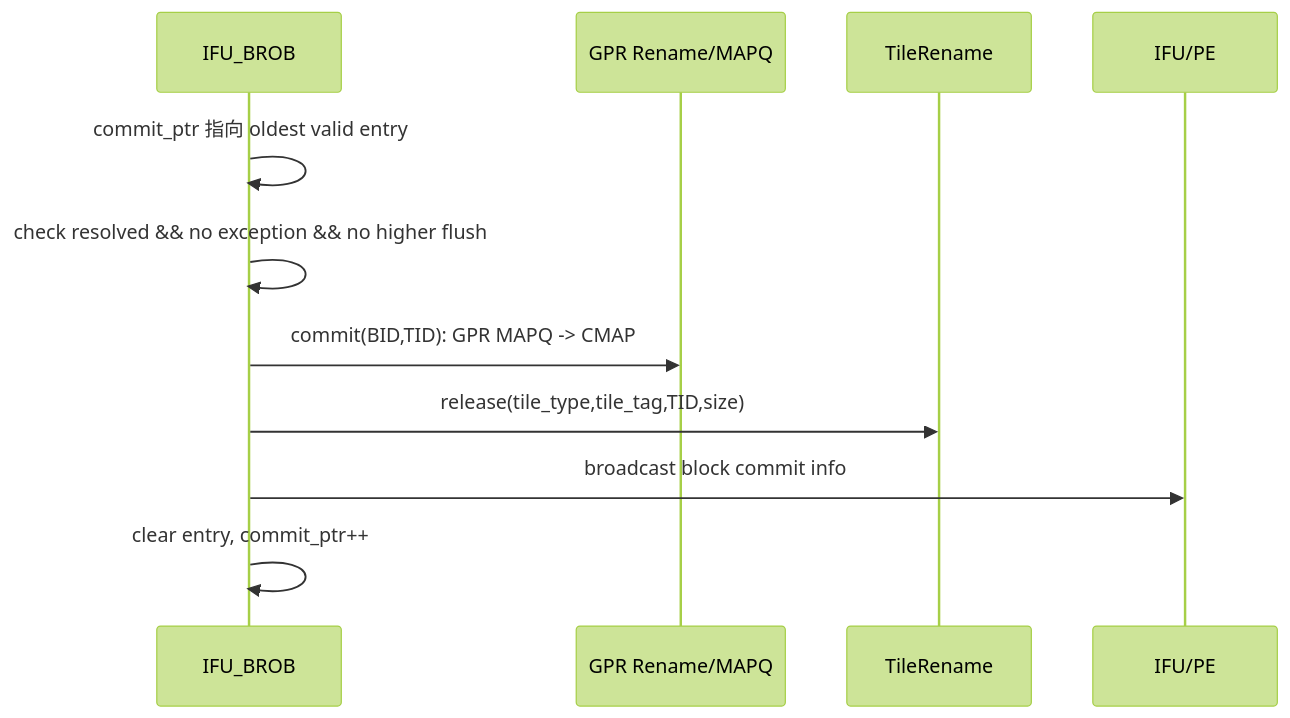
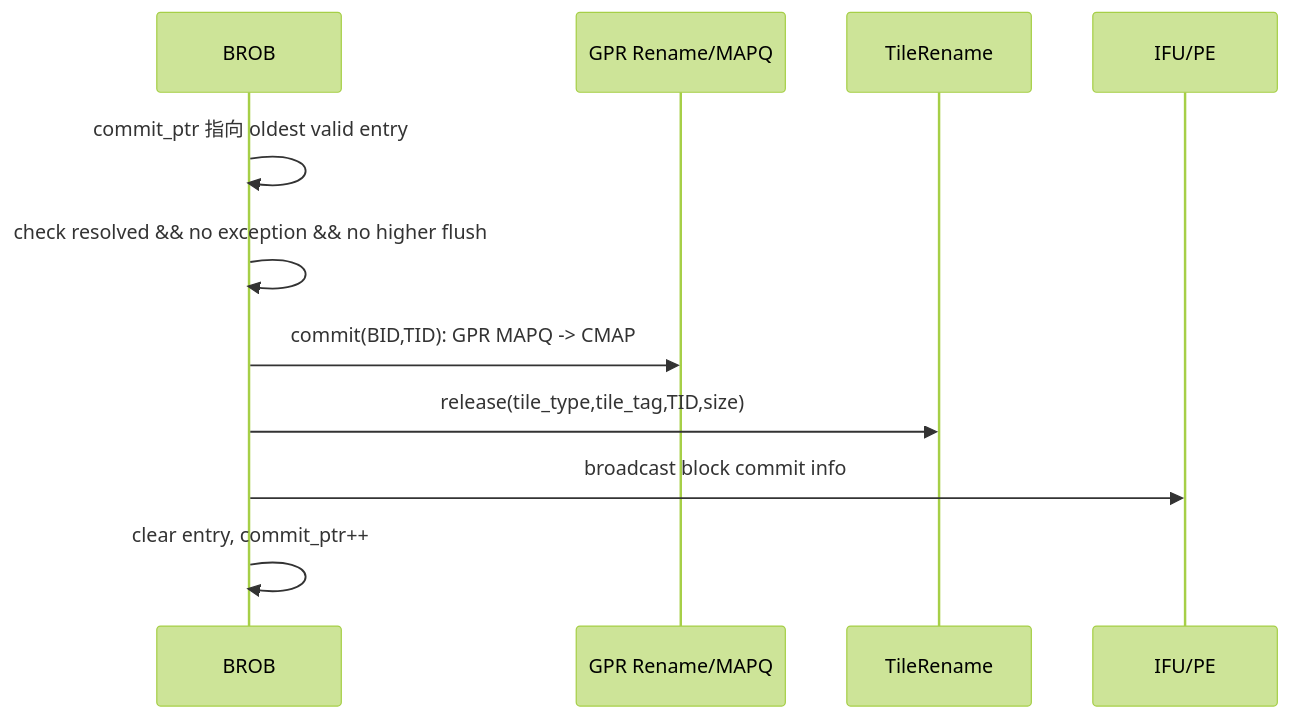
One commit to LinxISA/LinxCore changed the fourth of 6 diagrams in docs/architecture/Janus/BCC/02_BROB.md. Above: the diagram before and after it, drawn with Mermaid (forest theme). The commit also changed other lines of this file and 73 other files, not shown here.

````diff
--- a/docs/architecture/Janus/BCC/02_BROB.md
+++ b/docs/architecture/Janus/BCC/02_BROB.md
@@ -145,14 +150,14 @@
 ```mermaid
 sequenceDiagram
-  participant BROB as IFU_BROB
+  participant BROB as BROB
   participant REN as GPR Rename/MAPQ
   participant TR as TileRename
   participant IFU as IFU/PE
 
   BROB->>BROB: commit_ptr 指向 oldest valid entry
   BROB->>BROB: check resolved && no exception && no higher flush
   BROB->>REN: commit(BID,TID): GPR MAPQ -> CMAP
   BROB->>TR: release(tile_type,tile_tag,TID,size)
   BROB->>IFU: broadcast block commit info
   BROB->>BROB: clear entry, commit_ptr++
 ```
````
